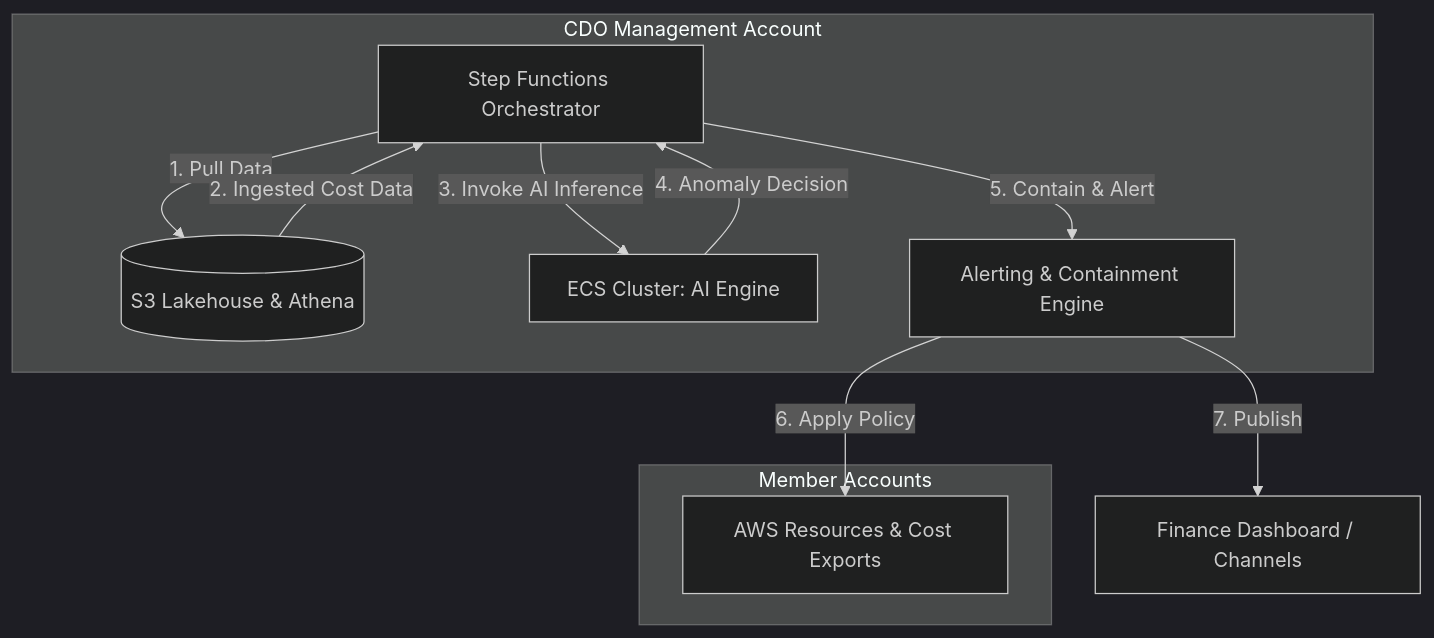
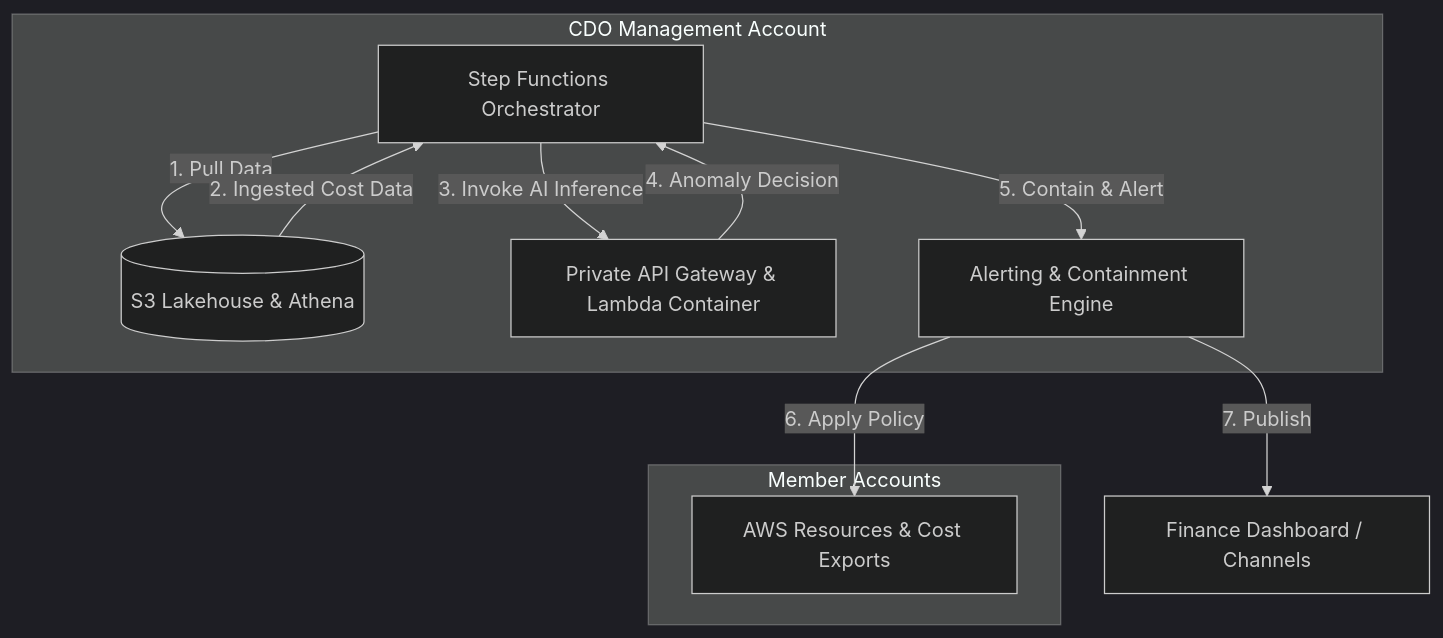
The second of 5 diagrams in docs/tf2-finops/02_infra_design.md (hungxqt/tf2-finops-docs), drawn with Mermaid (dark theme) before and after one commit. The commit also changed other lines of this file and 20 other files, not shown here.

Commit message:
docs: migrate to AWS Lambda Container

````diff
--- a/docs/tf2-finops/02_infra_design.md
+++ b/docs/tf2-finops/02_infra_design.md
@@ -110,17 +118,17 @@
 ```mermaid
 graph TD
     subgraph "Member Accounts"
         Members[AWS Resources & Cost Exports]
     end
 
     subgraph "CDO Management Account"
         SF[Step Functions Orchestrator] -->|1. Pull Data| Lakehouse[(S3 Lakehouse & Athena)]
         Lakehouse -->|2. Ingested Cost Data| SF
-        SF -->|3. Invoke AI Inference| ECS[ECS Cluster: AI Engine]
-        ECS -->|4. Anomaly Decision| SF
+        SF -->|3. Invoke AI Inference| APIGW[Private API Gateway & Lambda Container]
+        APIGW -->|4. Anomaly Decision| SF
         SF -->|5. Contain & Alert| Actions[Alerting & Containment Engine]
     end
 
     Actions -->|6. Apply Policy| Members
     Actions -->|7. Publish| Dashboard[Finance Dashboard / Channels]
 ```
````
